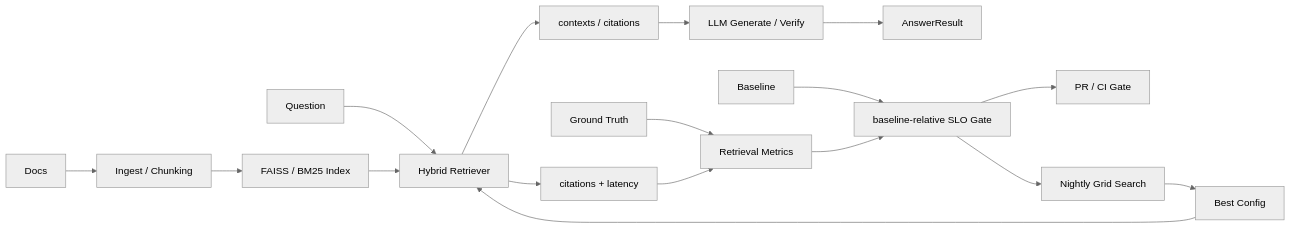
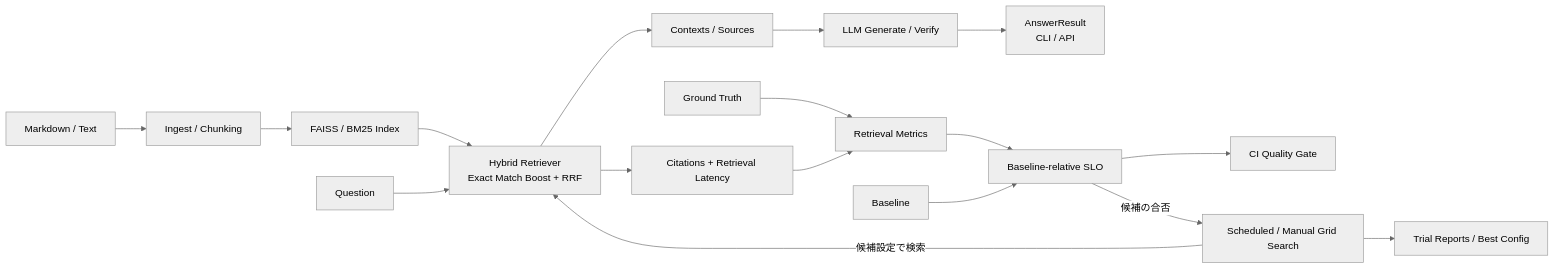
The diagram in README.md (mlprototype/spec-rag-qa), drawn with Mermaid (neutral theme) before and after one commit. The commit also changed other lines of this file, not shown here.

Commit message:
Rewrite README around Retrieval quality management

````diff
--- a/README.md
+++ b/README.md
@@ -78,23 +26,20 @@
 ```mermaid
 flowchart LR
-  DOC["Docs"] --> ING["Ingest / Chunking"]
+  DOC["Markdown / Text"] --> ING["Ingest / Chunking"]
   ING --> IDX["FAISS / BM25 Index"]
+  IDX --> RET["Hybrid Retriever<br/>Exact Match Boost + RRF"]
+  Q["Question"] --> RET
+  RET --> CTX["Contexts / Sources"]
+  CTX --> LLM["LLM Generate / Verify"]
+  LLM --> ANS["AnswerResult<br/>CLI / API"]
 
-  Q["Question"] --> RET["Hybrid Retriever"]
-  IDX --> RET
-
-  RET --> CTX["contexts / citations"]
-  CTX --> GEN["LLM Generate / Verify"]
-  GEN --> ANS["AnswerResult"]
-
-  RET --> DET["citations + latency"]
+  RET --> OBS["Citations + Retrieval Latency"]
   GT["Ground Truth"] --> MET["Retrieval Metrics"]
-  DET --> MET
-  BL["Baseline"] --> SLO["baseline-relative SLO Gate"]
-  MET --> SLO
-
-  SLO --> CI["PR / CI Gate"]
-  SLO --> GS["Nightly Grid Search"]
-  GS --> CFG["Best Config"]
-  CFG --> RET
+  OBS --> MET
+  MET --> SLO["Baseline-relative SLO"]
+  BL["Baseline"] --> SLO
+  SLO --> CI["CI Quality Gate"]
+  GS["Scheduled / Manual Grid Search"] -->|候補設定で検索| RET
+  SLO -->|候補の合否| GS
+  GS --> REP["Trial Reports / Best Config"]
 ```
````
